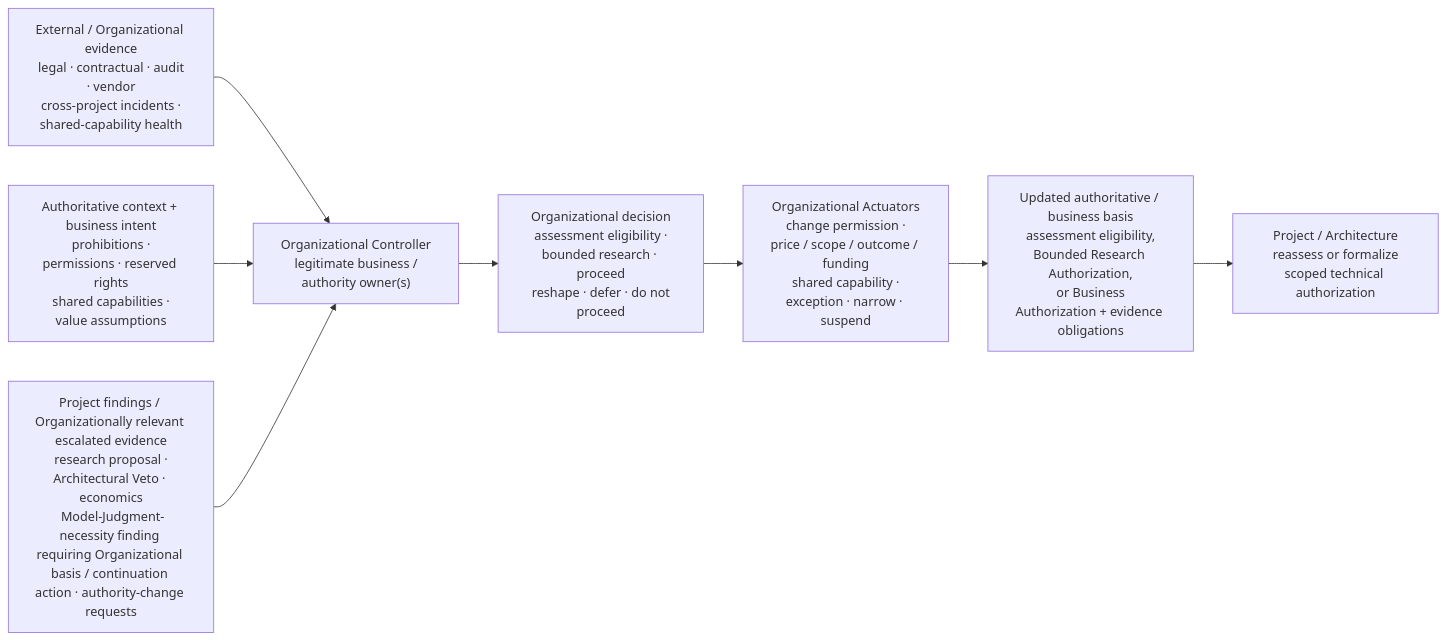
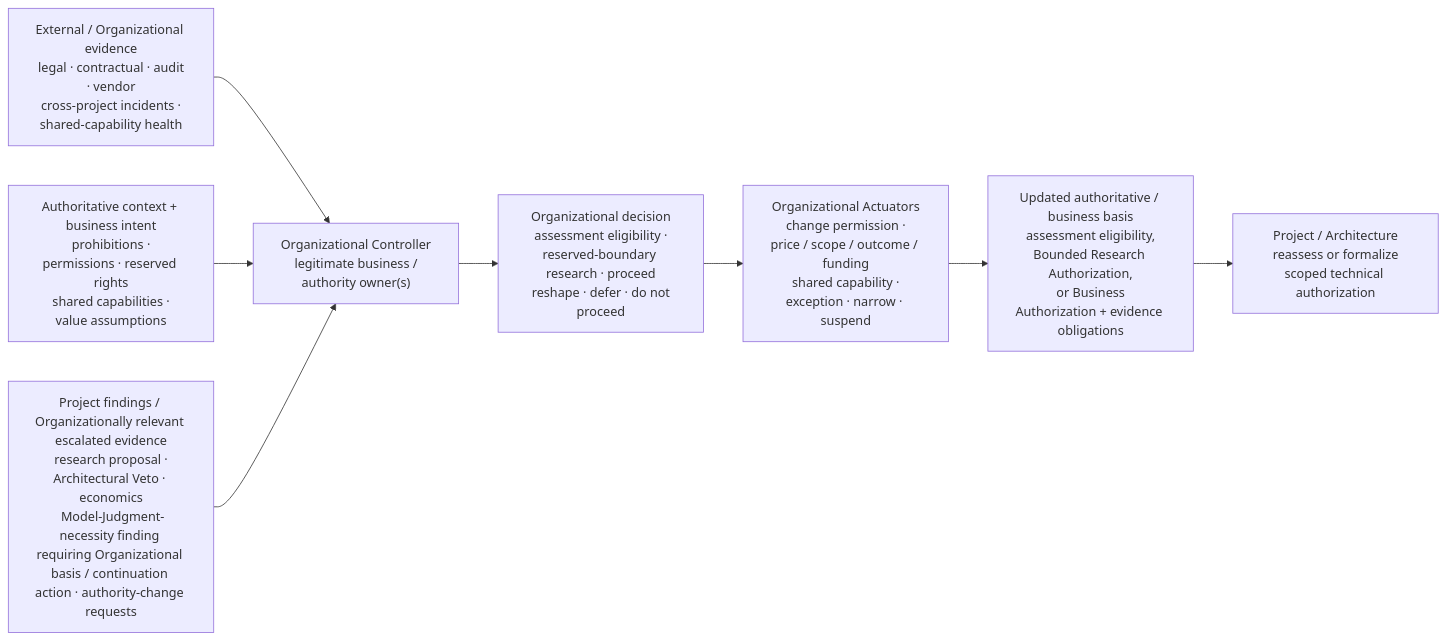
The tenth of 15 diagrams in content/research/notes/open-engineering-specification-article-draft.md (UncertaintyArchitectureGroup/uncertainty-architecture), drawn with Mermaid before and after one commit. The commit also changed other lines of this file and 1 other file, not shown here.

Commit message:
Clarify authorization coexistence and reserved research routing

````diff
--- a/content/research/notes/open-engineering-specification-article-draft.md
+++ b/content/research/notes/open-engineering-specification-article-draft.md
@@ -632,16 +632,16 @@
 ```mermaid
 flowchart LR
     EXT["External / Organizational evidence<br/> legal · contractual · audit · vendor<br/> cross-project incidents · shared-capability health"]
     AUTH["Authoritative context + business intent<br/> prohibitions · permissions · reserved rights<br/> shared capabilities · value assumptions"]
     LOW["Project findings / Organizationally relevant escalated evidence<br/> research proposal · Architectural Veto · economics<br/> Model-Judgment-necessity finding requiring Organizational basis / continuation action · authority-change requests"]
     C["Organizational Controller<br/> legitimate business / authority owner(s)"]
-    D["Organizational decision<br/> assessment eligibility · bounded research · proceed<br/> reshape · defer · do not proceed"]
+    D["Organizational decision<br/> assessment eligibility · reserved-boundary research · proceed<br/> reshape · defer · do not proceed"]
     A["Organizational Actuators<br/> change permission · price / scope / outcome / funding<br/> shared capability · exception · narrow · suspend"]
     OUT["Updated authoritative / business basis<br/> assessment eligibility, Bounded Research Authorization,<br/> or Business Authorization + evidence obligations"]
     P["Project / Architecture<br/> reassess or formalize scoped technical authorization"]
 
     EXT --> C
     AUTH --> C
     LOW --> C
     C --> D --> A --> OUT --> P
 ```
````
